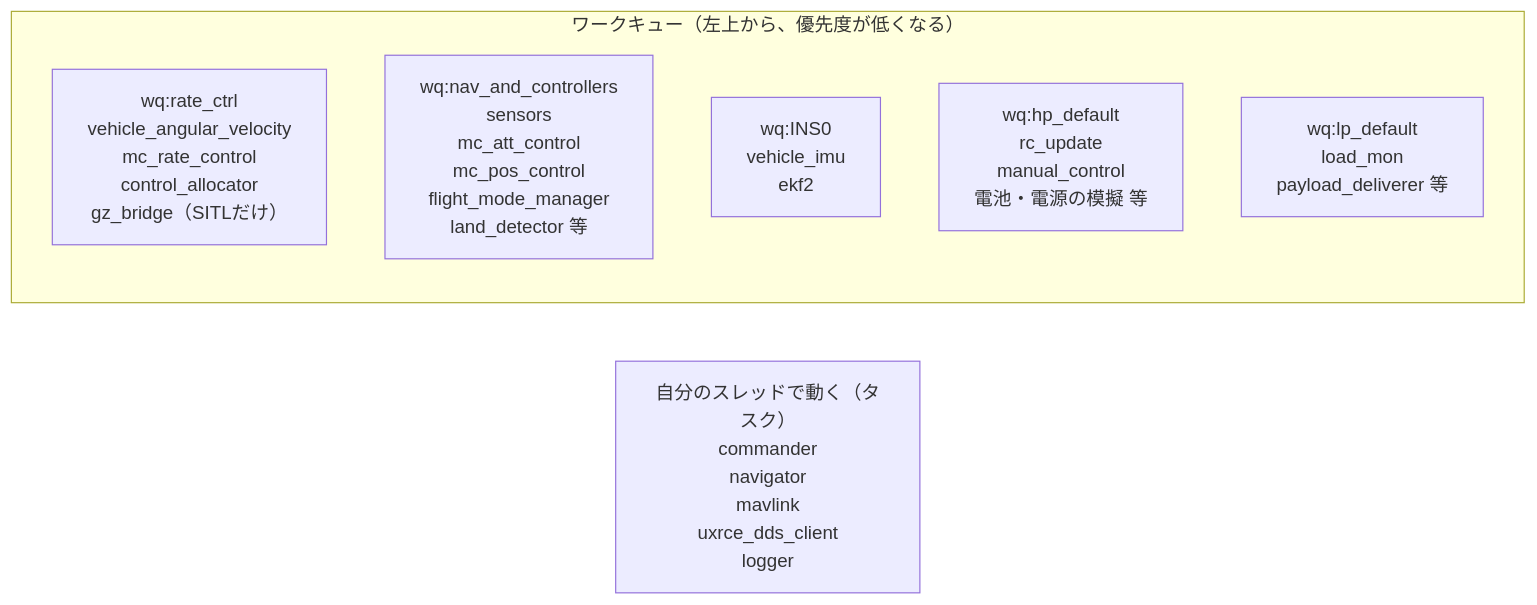
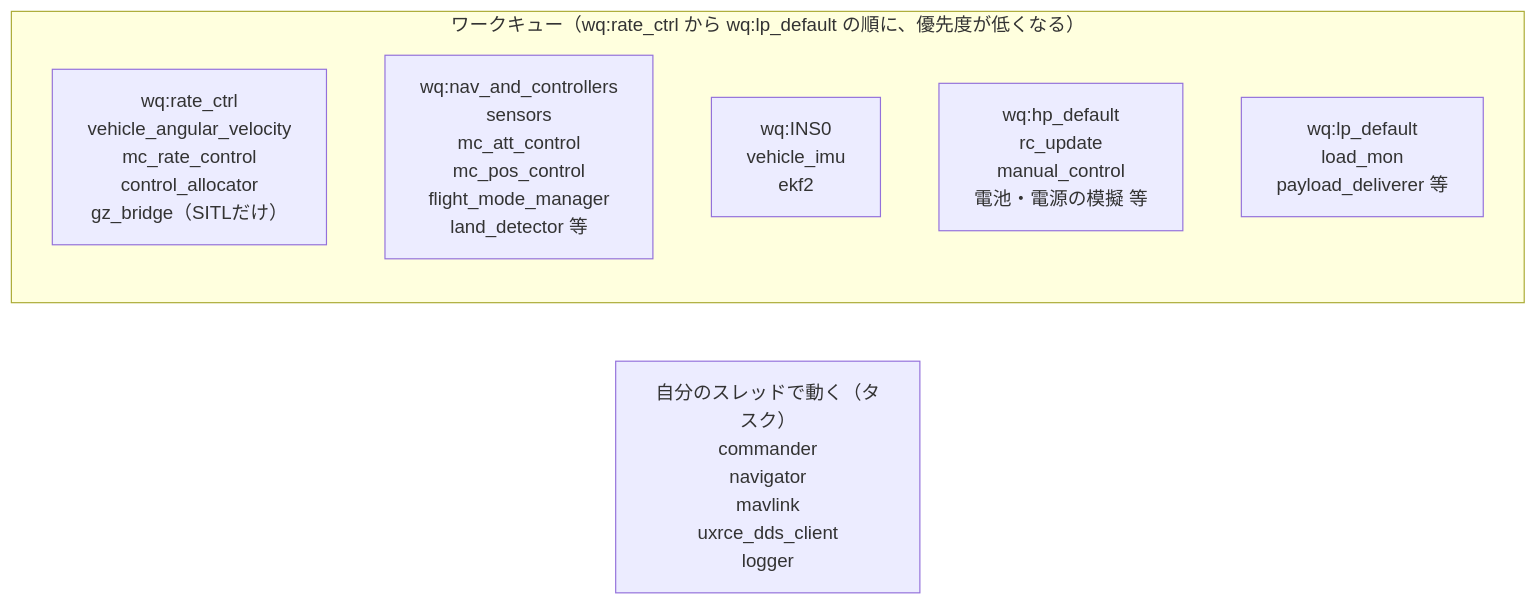
The second of 2 diagrams in docs/interlude_px4_internals.md (SanghunIm1991/ros2Px4DroneSim), drawn with Mermaid before and after one commit. The commit also changed other lines of this file and 5 other files, not shown here.

````diff
--- a/docs/interlude_px4_internals.md
+++ b/docs/interlude_px4_internals.md
@@ -289,11 +289,11 @@
 ```mermaid
 flowchart LR
-    subgraph WQ["ワークキュー（左上から、優先度が低くなる）"]
+    subgraph WQ["ワークキュー（wq:rate_ctrl から wq:lp_default の順に、優先度が低くなる）"]
         Q1["wq:rate_ctrl<br/>vehicle_angular_velocity<br/>mc_rate_control<br/>control_allocator<br/>gz_bridge（SITLだけ）"]
         Q2["wq:nav_and_controllers<br/>sensors<br/>mc_att_control<br/>mc_pos_control<br/>flight_mode_manager<br/>land_detector 等"]
         Q3["wq:INS0<br/>vehicle_imu<br/>ekf2"]
         Q4["wq:hp_default<br/>rc_update<br/>manual_control<br/>電池・電源の模擬 等"]
         Q5["wq:lp_default<br/>load_mon<br/>payload_deliverer 等"]
     end
     T["自分のスレッドで動く（タスク）<br/>commander<br/>navigator<br/>mavlink<br/>uxrce_dds_client<br/>logger"]
 ```
````
